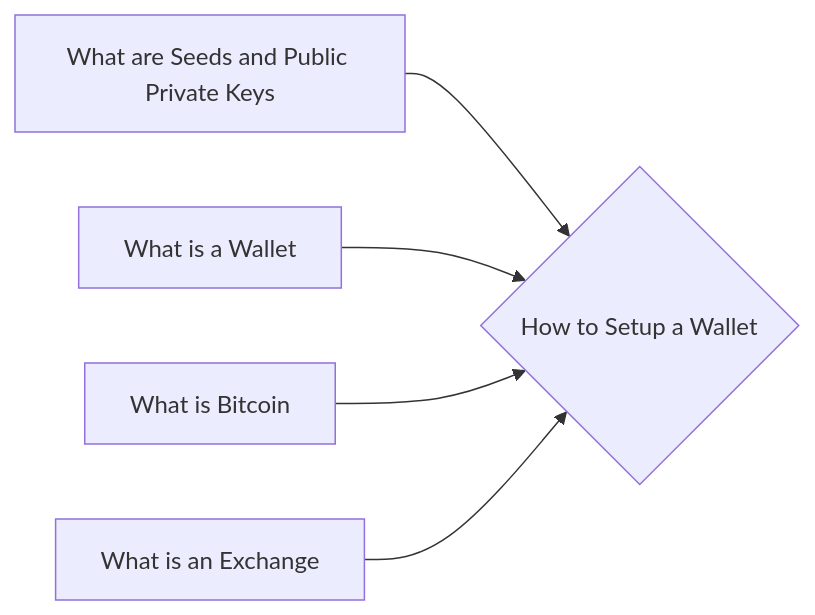
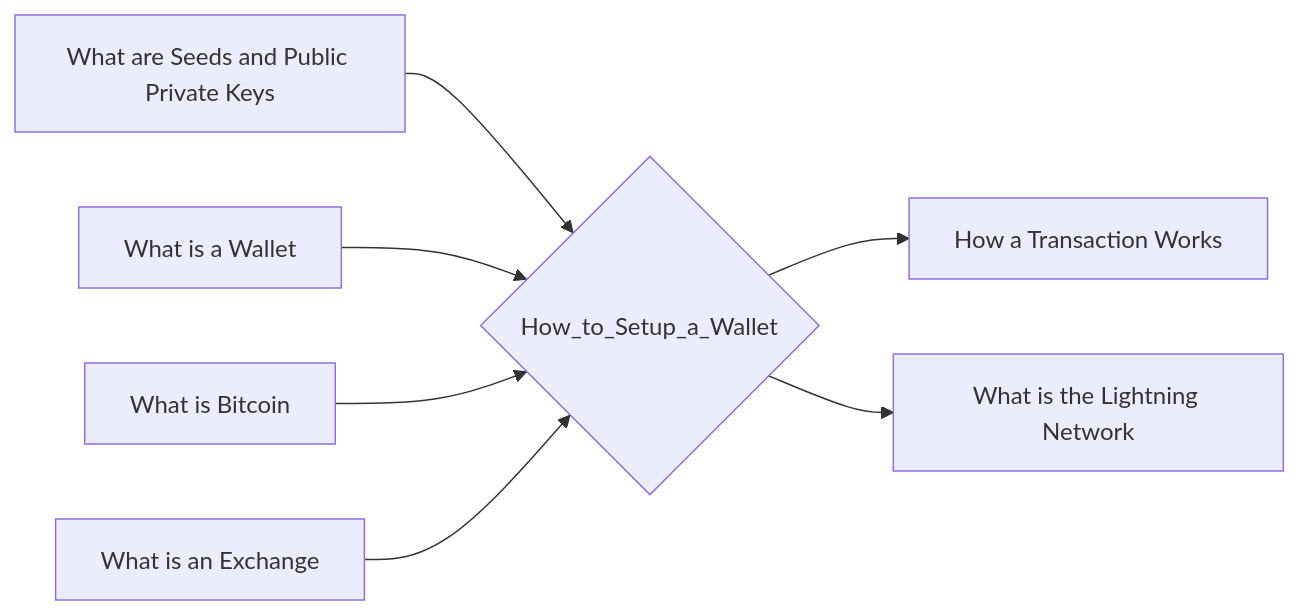
Before and after one commit to lpurdy01/crypto-knowledge-map: the diagram in notes/How_to_Setup_a_Wallet.md, drawn with Mermaid. The commit also changed 161 other files, not shown here.

````diff
--- a/notes/How_to_Setup_a_Wallet.md
+++ b/notes/How_to_Setup_a_Wallet.md
@@ -17,7 +17,9 @@
 ```mermaid
 graph LR
-1["What are Seeds and Public Private Keys"]-->0{"How to Setup a Wallet"}
-2["What is a Wallet"]-->0{"How to Setup a Wallet"}
-3["What is Bitcoin"]-->0{"How to Setup a Wallet"}
-4["What is an Exchange"]-->0{"How to Setup a Wallet"}
+1["What are Seeds and Public Private Keys"]-->0{"How_to_Setup_a_Wallet"}
+2["What is a Wallet"]-->0{"How_to_Setup_a_Wallet"}
+3["What is Bitcoin"]-->0{"How_to_Setup_a_Wallet"}
+4["What is an Exchange"]-->0{"How_to_Setup_a_Wallet"}
+0{"How_to_Setup_a_Wallet"}-->5["How a Transaction Works"]
+0{"How_to_Setup_a_Wallet"}-->6["What is the Lightning Network"]
 ```
````
